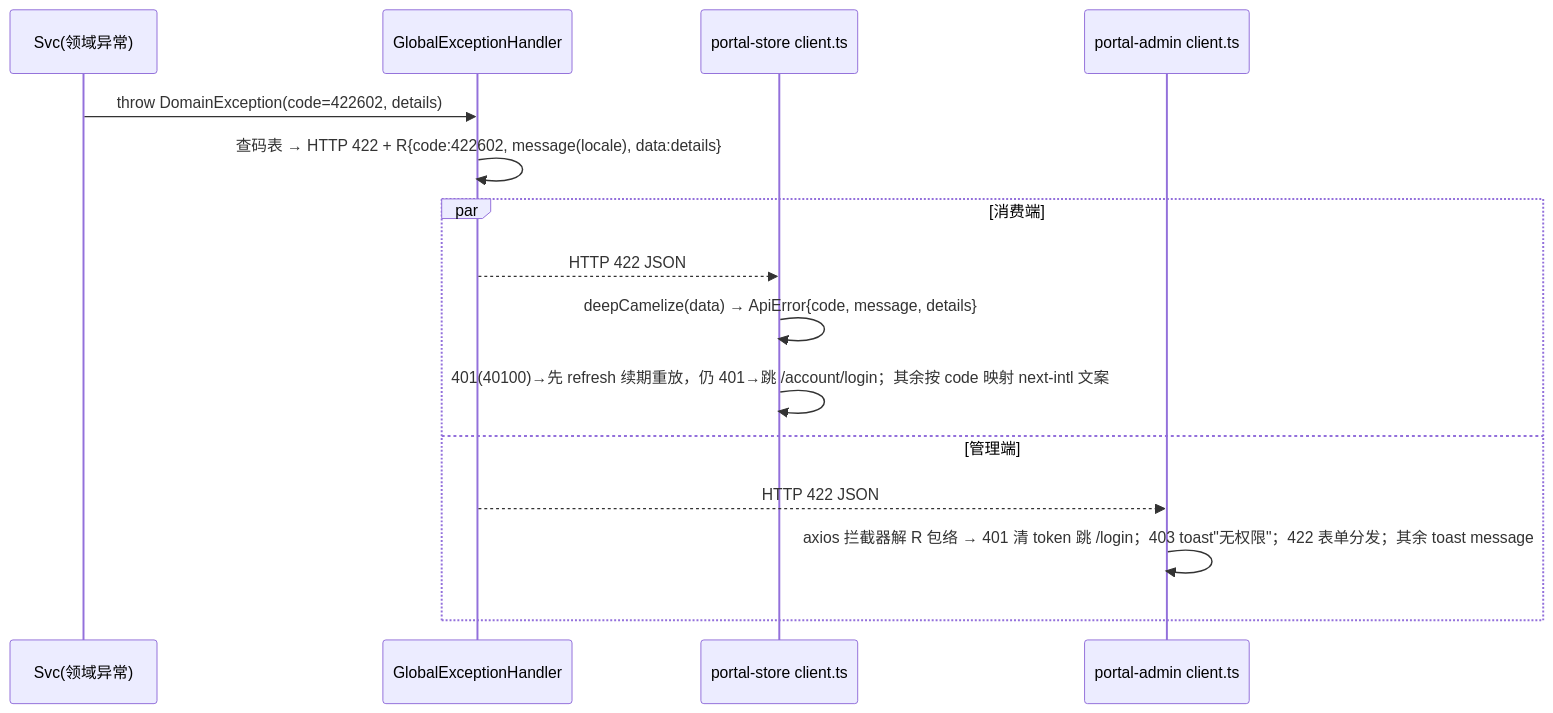
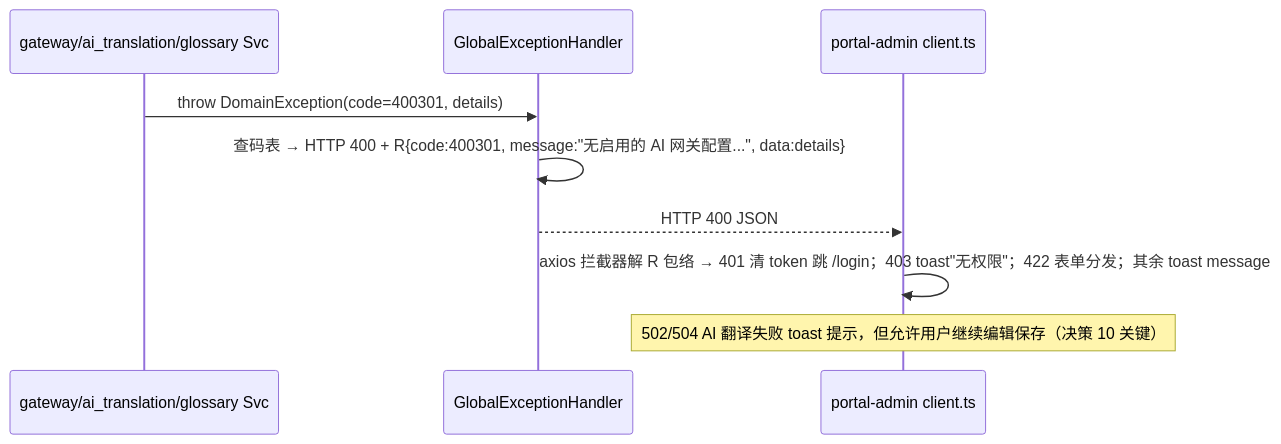
The diagram in hhspec/specs/architecture/error-strategy.md (hptec/dreamy), drawn with Mermaid before and after one commit. The commit also changed other lines of this file and 249 other files, not shown here.

````diff
--- a/hhspec/specs/architecture/error-strategy.md
+++ b/hhspec/specs/architecture/error-strategy.md
@@ -163,18 +122,12 @@
 ```mermaid
 sequenceDiagram
-    participant Svc as Svc(领域异常)
+    participant Svc as gateway/ai_translation/glossary Svc
     participant GEH as GlobalExceptionHandler
-    participant Store as portal-store client.ts
     participant AdminFE as portal-admin client.ts
 
-    Svc->>GEH: throw DomainException(code=422602, details)
-    GEH->>GEH: 查码表 → HTTP 422 + R{code:422602, message(locale), data:details}
-    par 消费端
-        GEH-->>Store: HTTP 422 JSON
-        Store->>Store: deepCamelize(data) → ApiError{code, message, details}
-        Store->>Store: 401(40100)→先 refresh 续期重放，仍 401→跳 /account/login；其余按 code 映射 next-intl 文案
-    and 管理端
-        GEH-->>AdminFE: HTTP 422 JSON
-        AdminFE->>AdminFE: axios 拦截器解 R 包络 → 401 清 token 跳 /login；403 toast"无权限"；422 表单分发；其余 toast message
-    end
+    Svc->>GEH: throw DomainException(code=400301, details)
+    GEH->>GEH: 查码表 → HTTP 400 + R{code:400301, message:"无启用的 AI 网关配置...", data:details}
+    GEH-->>AdminFE: HTTP 400 JSON
+    AdminFE->>AdminFE: axios 拦截器解 R 包络 → 401 清 token 跳 /login；403 toast"无权限"；422 表单分发；其余 toast message
+    Note over AdminFE: 502/504 AI 翻译失败 toast 提示，但允许用户继续编辑保存（决策 10 关键）
 ```
````
